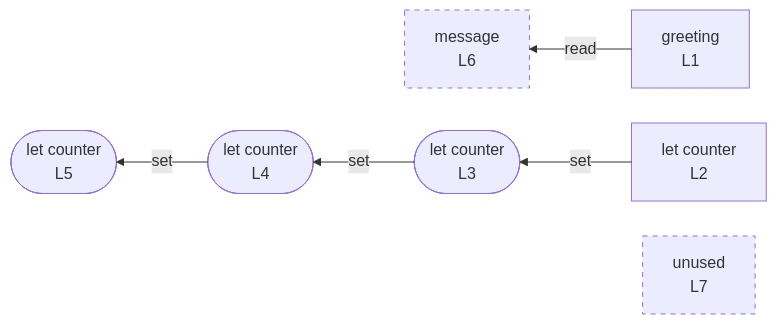
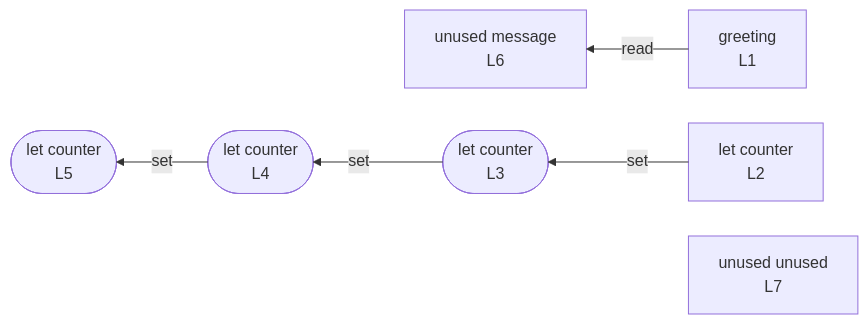
Before and after one commit to crescware/unsnarl: the diagram in integration/fixtures/simple-const-let/preview.md, drawn with Mermaid. The commit also changed 75 other files, not shown here.

````diff
--- a/integration/fixtures/simple-const-let/preview.md
+++ b/integration/fixtures/simple-const-let/preview.md
@@ -17,18 +17,15 @@
 ```mermaid
 %%{init: {"flowchart": {"defaultRenderer": "elk"}}}%%
 flowchart RL
   n_scope_0_greeting_6["greeting<br/>L1"]
   n_scope_0_counter_30["let counter<br/>L2"]
-  n_scope_0_message_97["message<br/>L6"]
-  n_scope_0_unused_123["unused<br/>L7"]
+  n_scope_0_message_97["unused message<br/>L6"]
+  n_scope_0_unused_123["unused unused<br/>L7"]
   wr_ref_0(["let counter<br/>L3"])
   wr_ref_2(["let counter<br/>L4"])
   wr_ref_3(["let counter<br/>L5"])
   n_scope_0_counter_30 -->|set| wr_ref_0
   wr_ref_0 -->|set| wr_ref_2
   wr_ref_2 -->|set| wr_ref_3
   n_scope_0_greeting_6 -->|read| n_scope_0_message_97
-  classDef unused stroke-dasharray: 5 5;
-  class n_scope_0_message_97 unused;
-  class n_scope_0_unused_123 unused;
 ```
````
